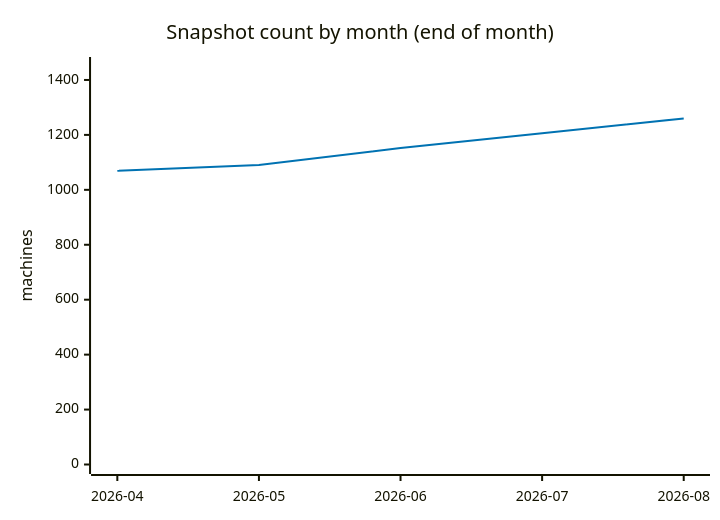
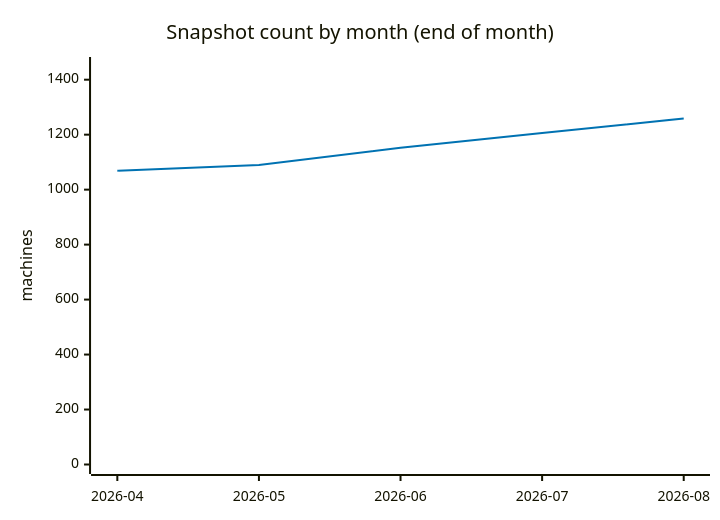
The sixth of 7 diagrams in ANALYSIS.md (cheeaun/returnright-data), drawn with Mermaid before and after one commit. The commit also changed other lines of this file and 3 other files, not shown here.

````diff
--- a/ANALYSIS.md
+++ b/ANALYSIS.md
@@ -284,13 +283,13 @@
 ```mermaid
 ---
 config:
   themeVariables:
     xyChart:
       plotColorPalette: "#0072B2"
 ---
 xychart-beta
     title "Snapshot count by month (end of month)"
     x-axis ["2026-04", "2026-05", "2026-06", "2026-07", "2026-08"]
-    y-axis "machines" 0 --> 1449
-    line [1069, 1090, 1152, 1206, 1260]
+    y-axis "machines" 0 --> 1448
+    line [1069, 1090, 1152, 1206, 1259]
 ```
````
